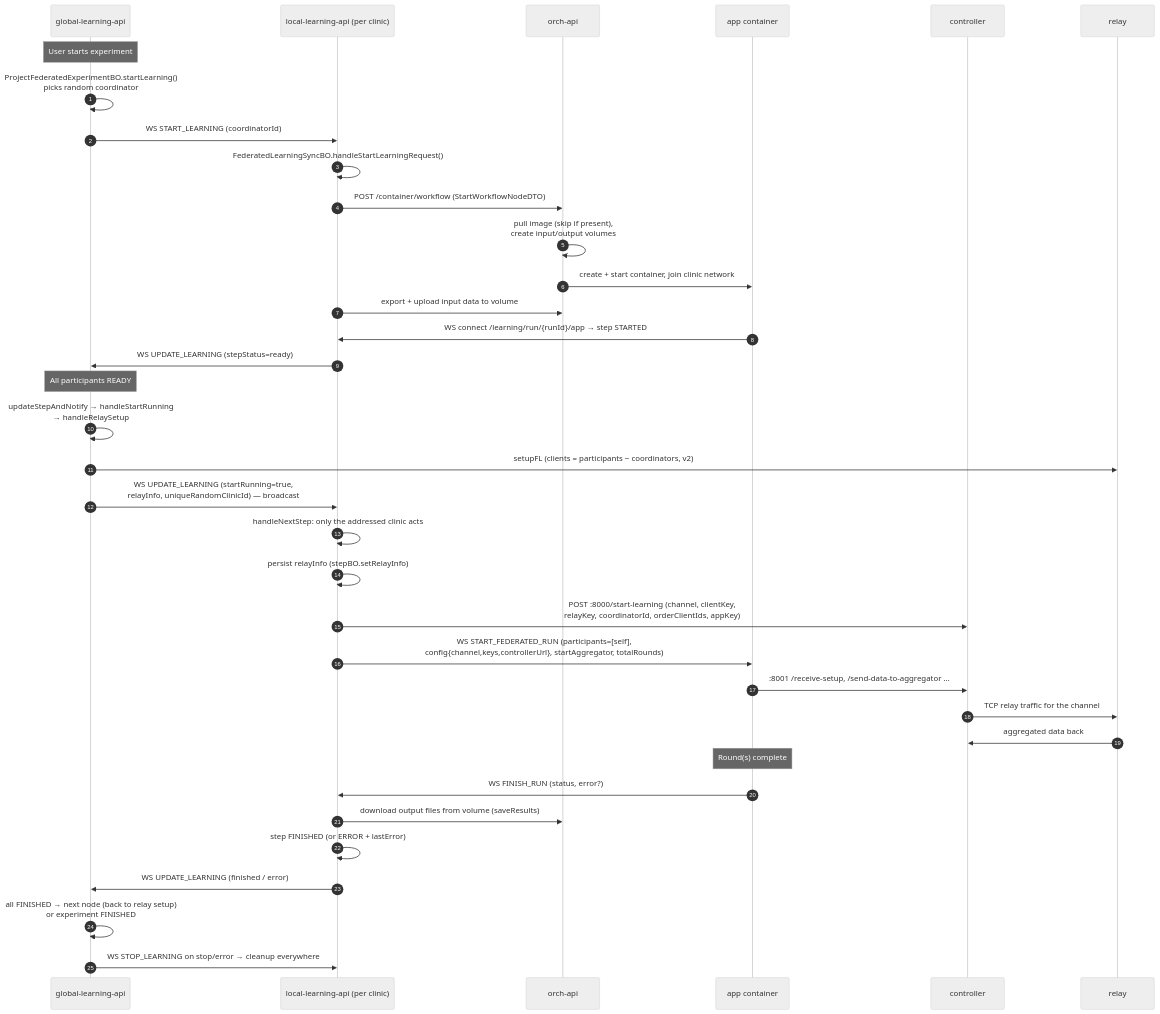
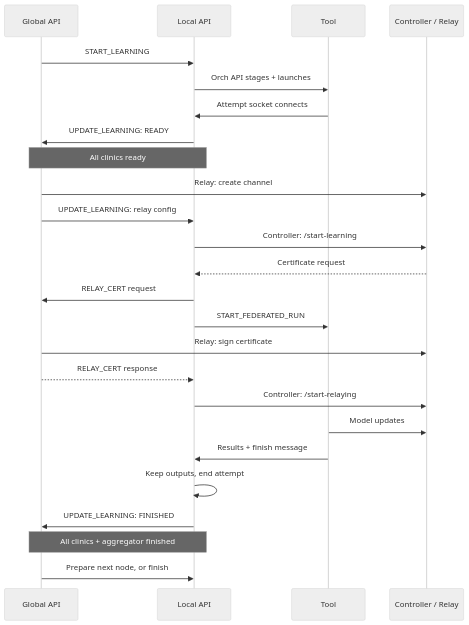
Before and after one commit to FedLearnNet/Documentation: the diagram in docs/contribution-guide/backend/federated-learning-flow.md, drawn with Mermaid (neutral theme). The commit also changed other lines of this file and 21 other files, not shown here.

````diff
--- a/docs/contribution-guide/backend/federated-learning-flow.md
+++ b/docs/contribution-guide/backend/federated-learning-flow.md
@@ -132,41 +22,27 @@
 ```mermaid
 sequenceDiagram
-    autonumber
-    participant G as global-learning-api
-    participant L as local-learning-api (per clinic)
-    participant O as orch-api
-    participant A as app container
-    participant C as controller
-    participant R as relay
-
-    Note over G: User starts experiment
-    G->>G: ProjectFederatedExperimentBO.startLearning()<br/>picks random coordinator
-    G->>L: WS START_LEARNING (coordinatorId)
-    L->>L: FederatedLearningSyncBO.handleStartLearningRequest()
-    L->>O: POST /container/workflow (StartWorkflowNodeDTO)
-    O->>O: pull image (skip if present),<br/>create input/output volumes
-    O->>A: create + start container, join clinic network
-    L->>O: export + upload input data to volume
-    A->>L: WS connect /learning/run/{runId}/app → step STARTED
-    L->>G: WS UPDATE_LEARNING (stepStatus=ready)
-
-    Note over G: All participants READY
-    G->>G: updateStepAndNotify → handleStartRunning<br/>→ handleRelaySetup
-    G->>R: setupFL (clients = participants − coordinators, v2)
-    G->>L: WS UPDATE_LEARNING (startRunning=true,<br/>relayInfo, uniqueRandomClinicId) — broadcast
-    L->>L: handleNextStep: only the addressed clinic acts
-    L->>L: persist relayInfo (stepBO.setRelayInfo)
-    L->>C: POST :8000/start-learning (channel, clientKey,<br/>relayKey, coordinatorId, orderClientIds, appKey)
-    L->>A: WS START_FEDERATED_RUN (participants=[self],<br/>config{channel,keys,controllerUrl}, startAggregator, totalRounds)
-    A->>C: :8001 /receive-setup, /send-data-to-aggregator …
-    C->>R: TCP relay traffic for the channel
-    R->>C: aggregated data back
-
-    Note over A: Round(s) complete
-    A->>L: WS FINISH_RUN (status, error?)
-    L->>O: download output files from volume (saveResults)
-    L->>L: step FINISHED (or ERROR + lastError)
-    L->>G: WS UPDATE_LEARNING (finished / error)
-    G->>G: all FINISHED → next node (back to relay setup)<br/>or experiment FINISHED
-    G->>L: WS STOP_LEARNING on stop/error → cleanup everywhere
+    participant G as Global API
+    participant L as Local API
+    participant T as Tool
+    participant F as Controller / Relay
+    G->>L: START_LEARNING
+    L->>T: Orch API stages + launches
+    T->>L: Attempt socket connects
+    L->>G: UPDATE_LEARNING: READY
+    Note over G,L: All clinics ready
+    G->>F: Relay: create channel
+    G->>L: UPDATE_LEARNING: relay config
+    L->>F: Controller: /start-learning
+    F-->>L: Certificate request
+    L->>G: RELAY_CERT request
+    L->>T: START_FEDERATED_RUN
+    G->>F: Relay: sign certificate
+    G-->>L: RELAY_CERT response
+    L->>F: Controller: /start-relaying
+    T->>F: Model updates
+    T->>L: Results + finish message
+    L->>L: Keep outputs, end attempt
+    L->>G: UPDATE_LEARNING: FINISHED
+    Note over G,L: All clinics + aggregator finished
+    G->>L: Prepare next node, or finish
 ```
````
